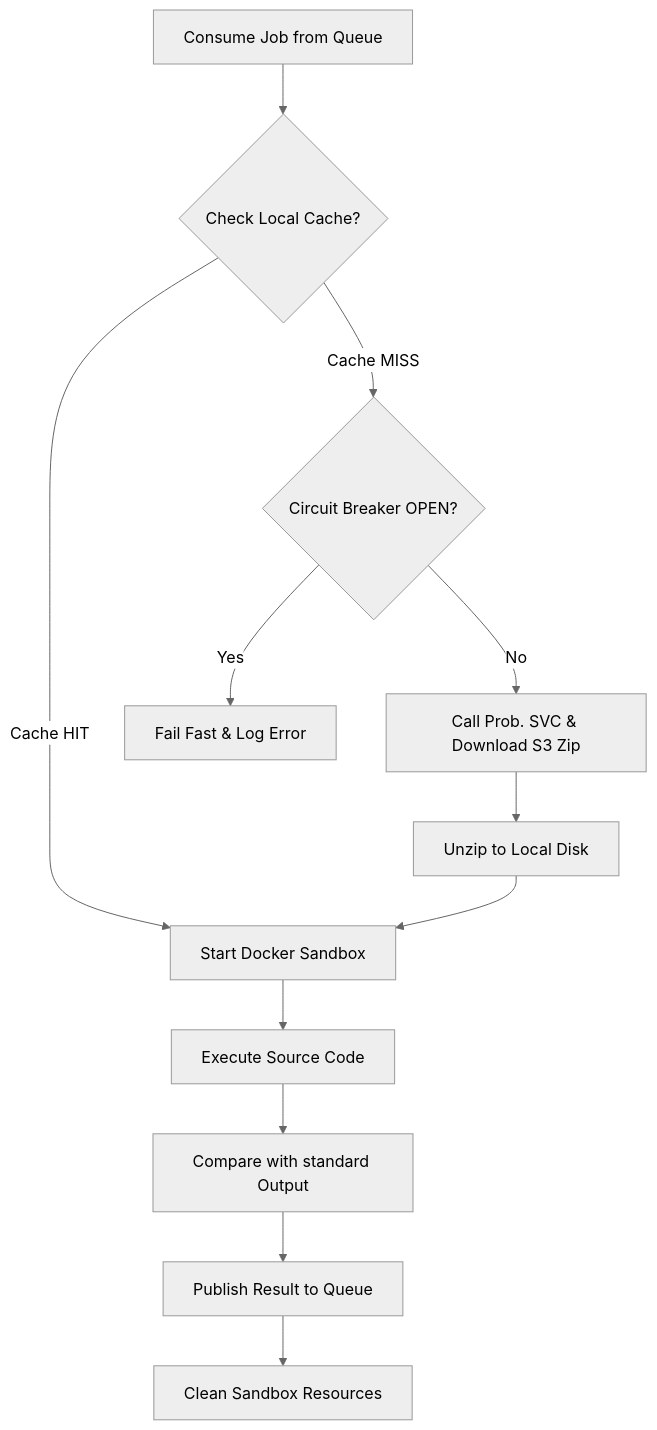
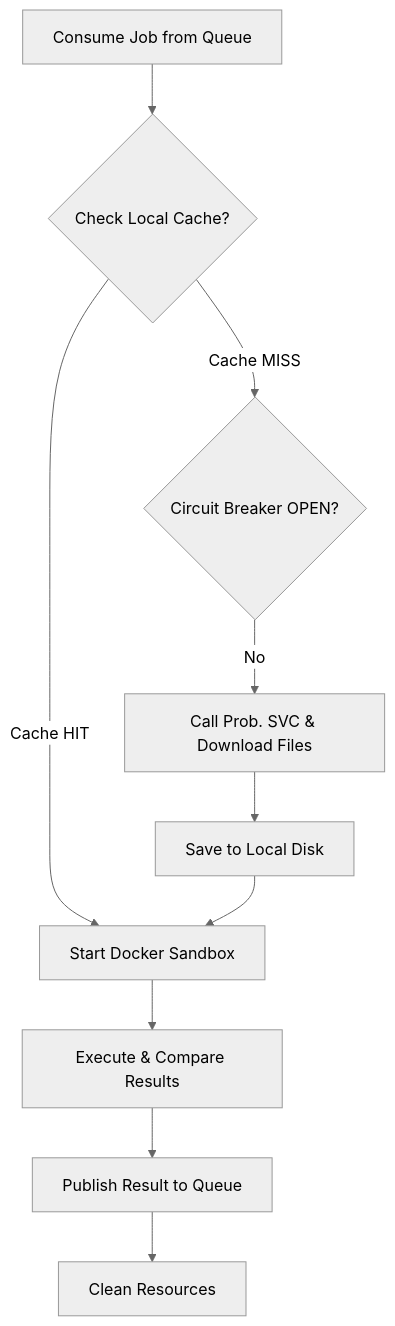
Before and after one commit to sson6926/Online-Judge-SOA: the sixth of 6 diagrams in docs/analysis-and-design.md, drawn with Mermaid (neutral theme). The commit also changed other lines of this file, not shown here.

````diff
--- a/docs/analysis-and-design.md
+++ b/docs/analysis-and-design.md
@@ -280,17 +278,14 @@
 ```mermaid
 flowchart TD
     A[Consume Job from Queue] --> B{Check Local Cache?}
     B -- Cache HIT --> G[Start Sandbox]
     B -- Cache MISS --> C{Circuit Breaker OPEN?}
     
-    C -- Yes --> D[Fail Fast & Log Error]
-    C -- No --> E[Call Prob. SVC & Download S3 Zip]
-    
-    E --> F[Unzip to Local Disk]
+    C -- No --> E[Call Prob. SVC & Download Files]
+    E --> F[Save to Local Disk]
     F --> G[Start Docker Sandbox]
     
-    G --> H[Execute Source Code]
-    H --> I[Compare with standard Output]
-    I --> J[Publish Result to Queue]
-    J --> K[Clean Sandbox Resources]
+    G --> H[Execute & Compare Results]
+    H --> I[Publish Result to Queue]
+    I --> J[Clean Resources]
 ```
````
